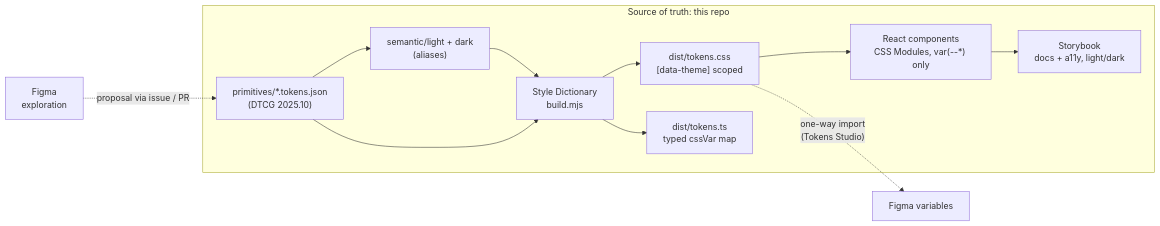
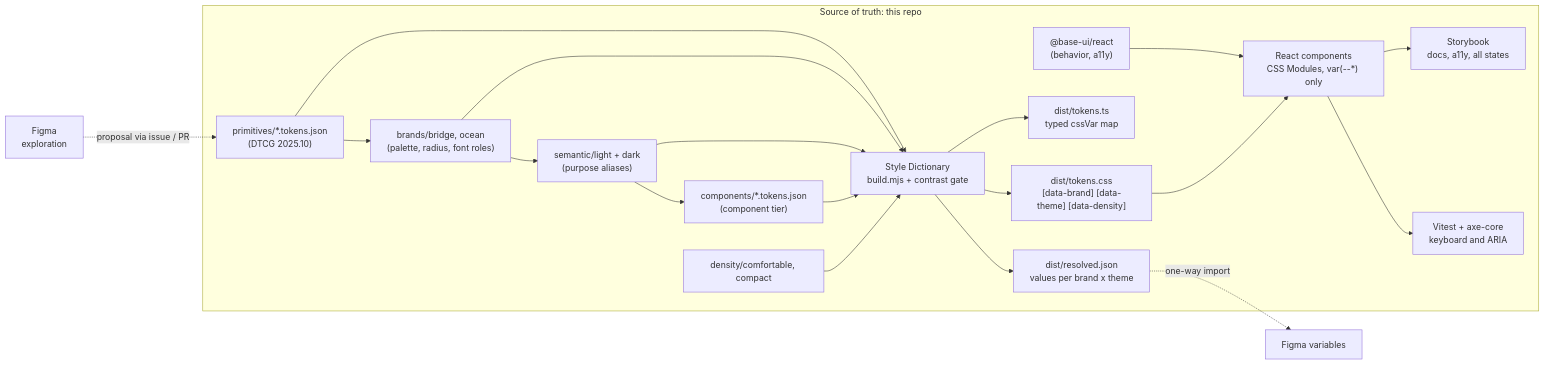
Before and after one commit to peterbono/ai-design-system-demo: the diagram in docs/ARCHITECTURE.md, drawn with Mermaid. The commit also changed other lines of this file and 4 other files, not shown here.

First line of the commit message:
docs: architecture for three tiers, brands, density and Base UI; agent checklist; CI test job

````diff
--- a/docs/ARCHITECTURE.md
+++ b/docs/ARCHITECTURE.md
@@ -5,14 +5,23 @@
 ```mermaid
 flowchart LR
   subgraph repo["Source of truth: this repo"]
-    P["primitives/*.tokens.json<br/>(DTCG 2025.10)"] --> S["semantic/light + dark<br/>(aliases)"]
-    S --> SD["Style Dictionary<br/>build.mjs"]
-    P --> SD
-    SD --> CSS["dist/tokens.css<br/>[data-theme] scoped"]
+    P["primitives/*.tokens.json<br/>(DTCG 2025.10)"] --> B["brands/bridge, ocean<br/>(palette, radius, font roles)"]
+    B --> S["semantic/light + dark<br/>(purpose aliases)"]
+    S --> K["components/*.tokens.json<br/>(component tier)"]
+    D["density/comfortable, compact"]
+    P --> SD["Style Dictionary<br/>build.mjs + contrast gate"]
+    B --> SD
+    S --> SD
+    K --> SD
+    D --> SD
+    SD --> CSS["dist/tokens.css<br/>[data-brand] [data-theme] [data-density]"]
     SD --> TS["dist/tokens.ts<br/>typed cssVar map"]
+    SD --> RJ["dist/resolved.json<br/>values per brand x theme"]
+    BU["@base-ui/react<br/>(behavior, a11y)"] --> C
     CSS --> C["React components<br/>CSS Modules, var(--*) only"]
-    C --> SB["Storybook<br/>docs + a11y, light/dark"]
+    C --> SB["Storybook<br/>docs, a11y, all states"]
+    C --> VT["Vitest + axe-core<br/>keyboard and ARIA"]
   end
   F["Figma<br/>exploration"] -. "proposal via issue / PR" .-> P
-  CSS -. "one-way import<br/>(Tokens Studio)" .-> FV["Figma variables"]
+  RJ -. "one-way import" .-> FV["Figma variables"]
 ```
````
